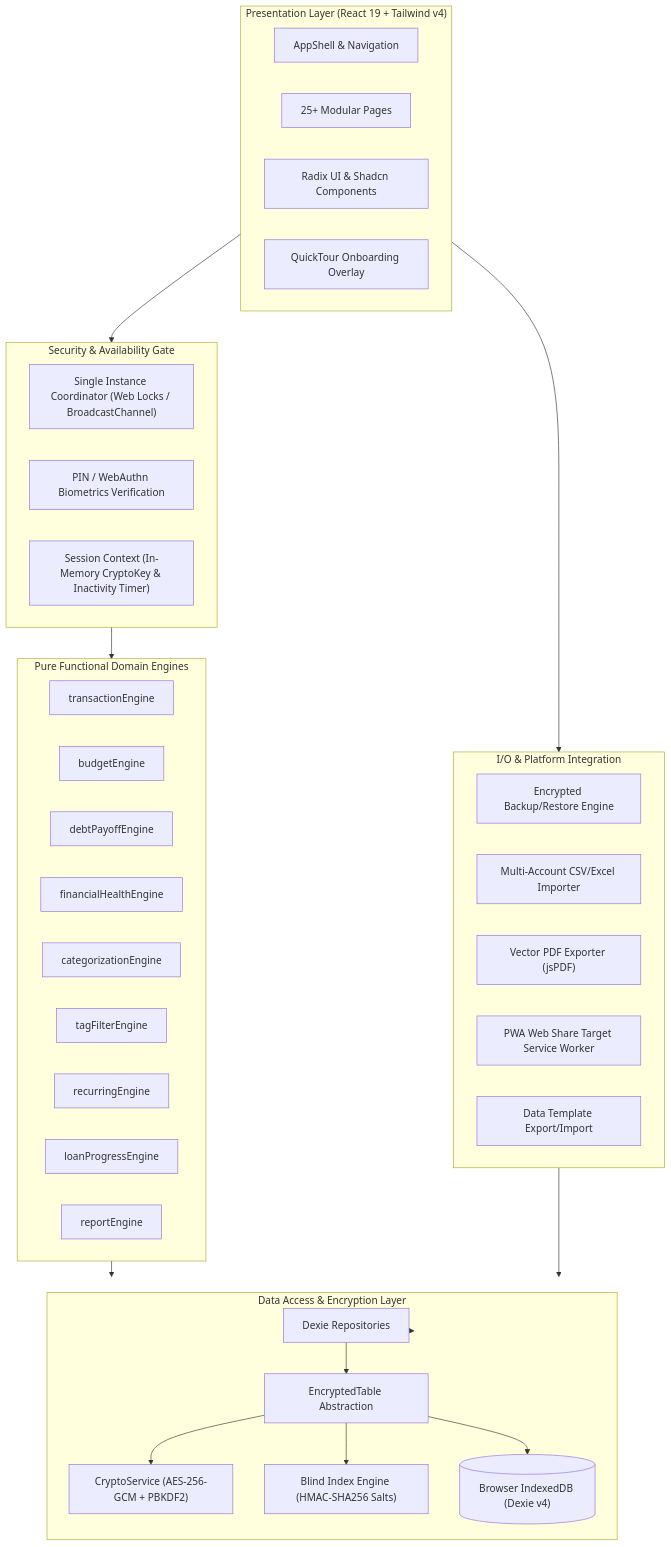
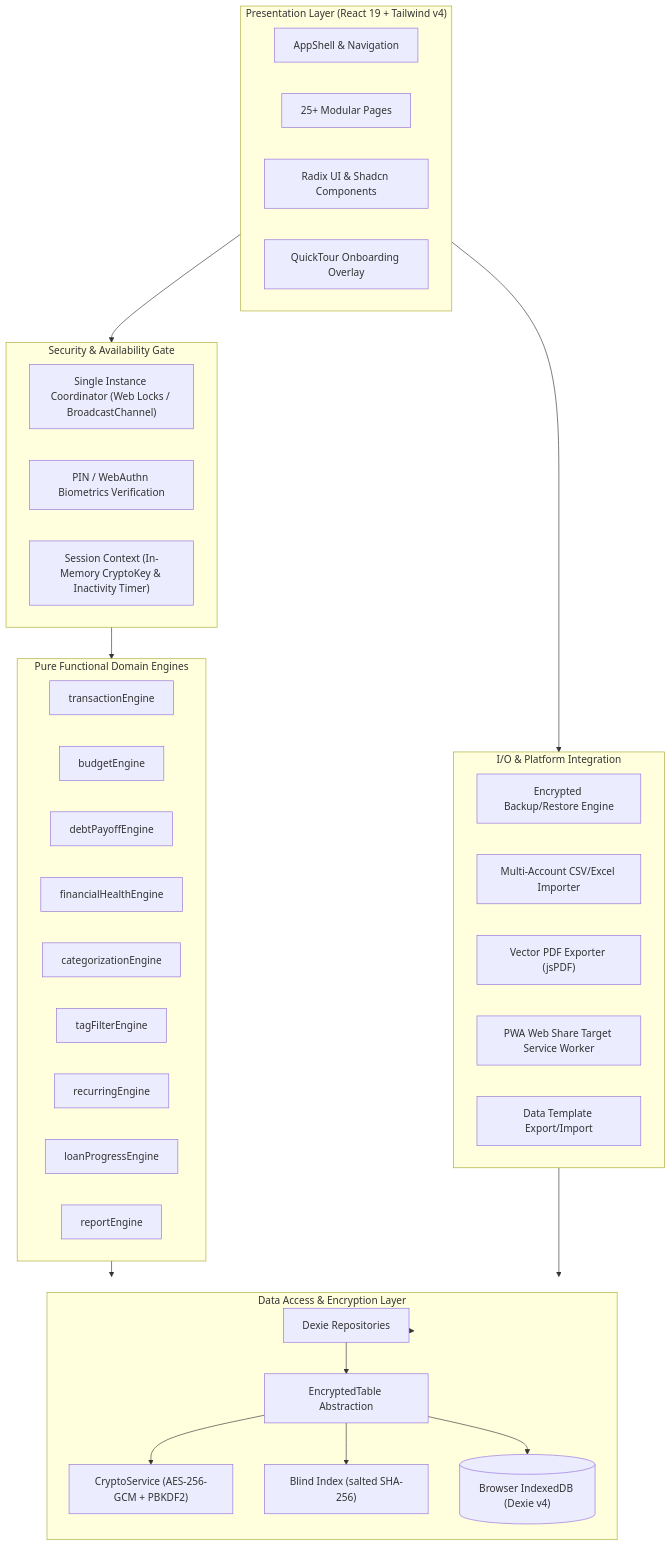
One commit to Akhlaquea01/MyFin changed the first of 4 diagrams in docs/architecture.md. Above: the diagram before and after it, drawn with Mermaid. The commit also changed other lines of this file and 6 other files, not shown here.

````diff
--- a/docs/architecture.md
+++ b/docs/architecture.md
@@ -11,54 +11,54 @@
 ```mermaid
 graph TD
     subgraph UI ["Presentation Layer (React 19 + Tailwind v4)"]
         Shell["AppShell & Navigation"]
         Pages["25+ Modular Pages"]
         Components["Radix UI & Shadcn Components"]
         Tour["QuickTour Onboarding Overlay"]
     end
 
     subgraph Gate ["Security & Availability Gate"]
         LockCheck["Single Instance Coordinator (Web Locks / BroadcastChannel)"]
         AuthGate["PIN / WebAuthn Biometrics Verification"]
         SessionCtx["Session Context (In-Memory CryptoKey & Inactivity Timer)"]
     end
 
     subgraph Domain ["Pure Functional Domain Engines"]
         TxEngine["transactionEngine"]
         BudgetEngine["budgetEngine"]
         DebtEngine["debtPayoffEngine"]
         HealthEngine["financialHealthEngine"]
         CatEngine["categorizationEngine"]
         TagEngine["tagFilterEngine"]
         RecurringEngine["recurringEngine"]
         LoanEngine["loanProgressEngine"]
         ReportEngine["reportEngine"]
     end
 
     subgraph Data ["Data Access & Encryption Layer"]
         Repos["Dexie Repositories"]
         EncTable["EncryptedTable Abstraction"]
         CryptoService["CryptoService (AES-256-GCM + PBKDF2)"]
-        BlindIndex["Blind Index Engine (HMAC-SHA256 Salts)"]
+        BlindIndex["Blind Index (salted SHA-256)"]
         IndexedDB[("Browser IndexedDB (Dexie v4)")]
     end
 
     subgraph IO ["I/O & Platform Integration"]
         Backup["Encrypted Backup/Restore Engine"]
         Importer["Multi-Account CSV/Excel Importer"]
         PDF["Vector PDF Exporter (jsPDF)"]
         ShareSW["PWA Web Share Target Service Worker"]
         TemplateService["Data Template Export/Import"]
     end
 
     UI --> Gate
     Gate --> Domain
     Domain --> Data
     Data --> Repos
     Repos --> EncTable
     EncTable --> CryptoService
     EncTable --> BlindIndex
     EncTable --> IndexedDB
     UI --> IO
     IO --> Data
 ```
````
